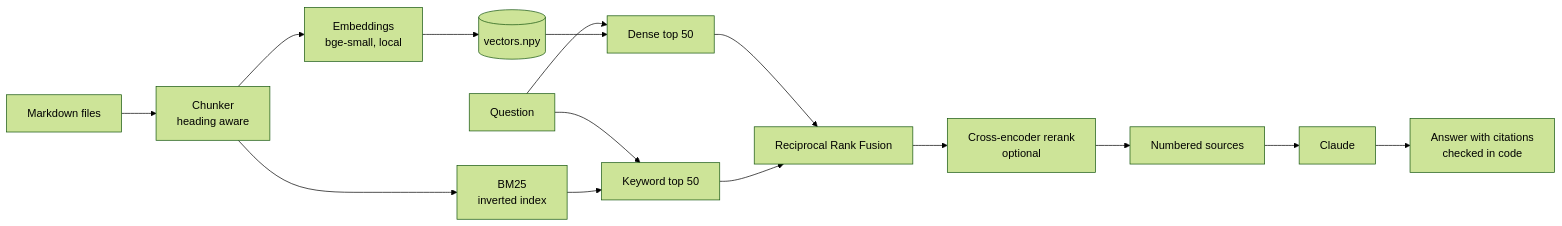
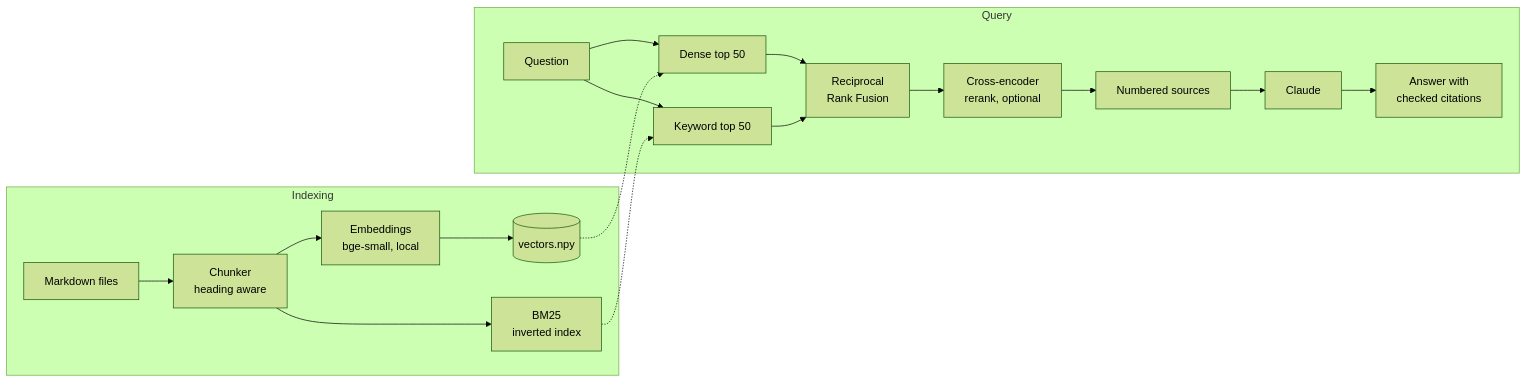
The diagram in README.md (kshyatisekhar-panda/rag-from-scratch), drawn with Mermaid (forest theme) before and after one commit. The commit also changed other lines of this file and 2 other files, not shown here.

````diff
--- a/README.md
+++ b/README.md
@@ -24,17 +59,21 @@
 ```mermaid
 flowchart LR
-    A[Markdown files] --> B[Chunker<br/>heading aware]
-    B --> C[Embeddings<br/>bge-small, local]
-    B --> D[BM25<br/>inverted index]
-    C --> E[(vectors.npy)]
-    Q[Question] --> F[Dense top 50]
-    Q --> G[Keyword top 50]
-    E --> F
-    D --> G
-    F --> H[Reciprocal Rank Fusion]
-    G --> H
-    H --> I[Cross-encoder rerank<br/>optional]
-    I --> J[Numbered sources]
-    J --> K[Claude]
-    K --> L[Answer with citations<br/>checked in code]
+    subgraph Indexing
+        A[Markdown files] --> B[Chunker<br/>heading aware]
+        B --> C[Embeddings<br/>bge-small, local]
+        B --> D[BM25<br/>inverted index]
+        C --> E[(vectors.npy)]
+    end
+    subgraph Query
+        Q[Question] --> F[Dense top 50]
+        Q --> G[Keyword top 50]
+        F --> H[Reciprocal<br/>Rank Fusion]
+        G --> H
+        H --> I[Cross-encoder<br/>rerank, optional]
+        I --> J[Numbered sources]
+        J --> K[Claude]
+        K --> L[Answer with<br/>checked citations]
+    end
+    E -.-> F
+    D -.-> G
 ```
````
